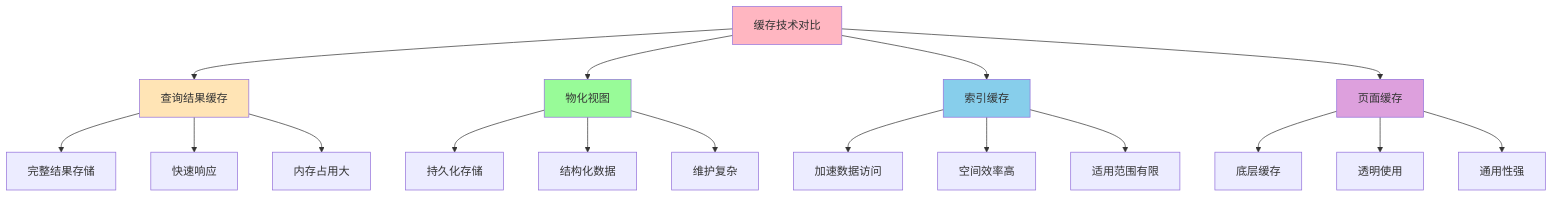
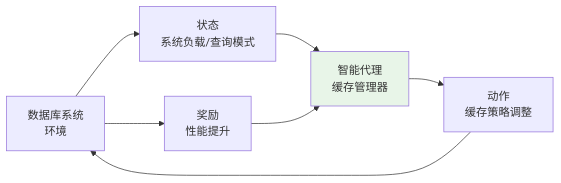
The ninth of 9 diagrams in md/第二章-相关背景与理论基础.md (crazypenguincode/duckdb), drawn with Mermaid before and after one commit. The commit also changed other lines of this file and 361 other files, not shown here.

````diff
--- a/md/第二章-相关背景与理论基础.md
+++ b/md/第二章-相关背景与理论基础.md
@@ -770,29 +804,11 @@
 ```mermaid
-graph TD
-    A[缓存技术对比] --> B[查询结果缓存]
-    A --> C[物化视图]
-    A --> D[索引缓存]
-    A --> E[页面缓存]
+graph LR
+    A[数据库系统<br/>环境] --> B[状态<br/>系统负载/查询模式]
+    B --> C[智能代理<br/>缓存管理器]
+    C --> D[动作<br/>缓存策略调整]
+    D --> A
+    A --> E[奖励<br/>性能提升]
+    E --> C
     
-    B --> B1[完整结果存储]
-    B --> B2[快速响应]
-    B --> B3[内存占用大]
-    
-    C --> C1[持久化存储]
-    C --> C2[结构化数据]
-    C --> C3[维护复杂]
-    
-    D --> D1[加速数据访问]
-    D --> D2[空间效率高]
-    D --> D3[适用范围有限]
-    
-    E --> E1[底层缓存]
-    E --> E2[透明使用]
-    E --> E3[通用性强]
-    
-    style A fill:#FFB6C1
-    style B fill:#FFE4B5
-    style C fill:#98FB98
-    style D fill:#87CEEB
-    style E fill:#DDA0DD
+    style C fill:#e8f5e8
 ```
````
